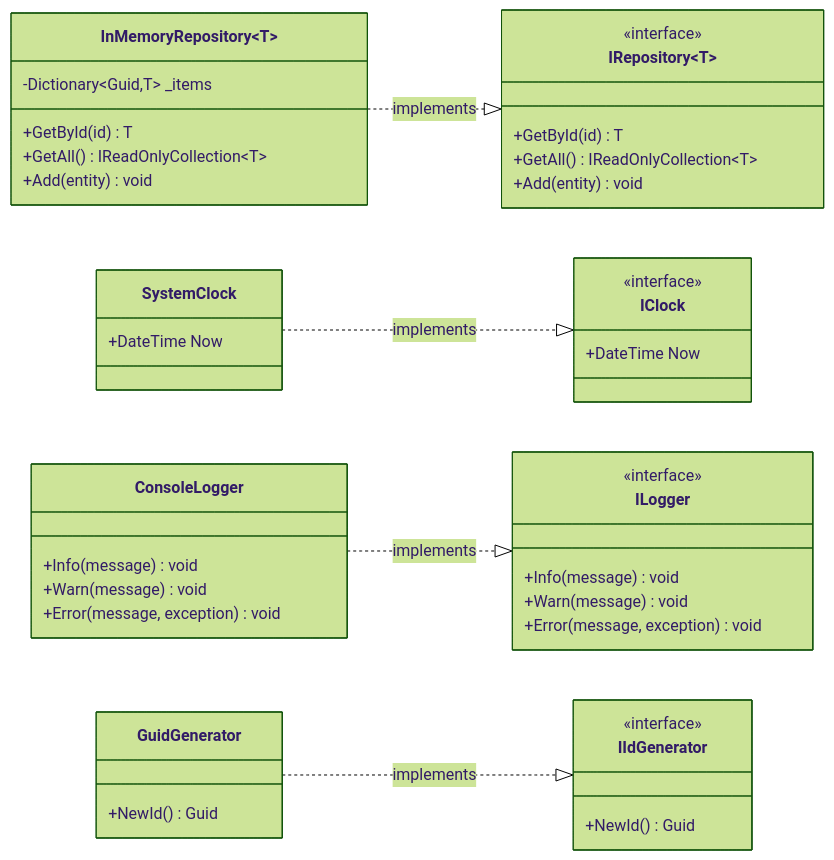
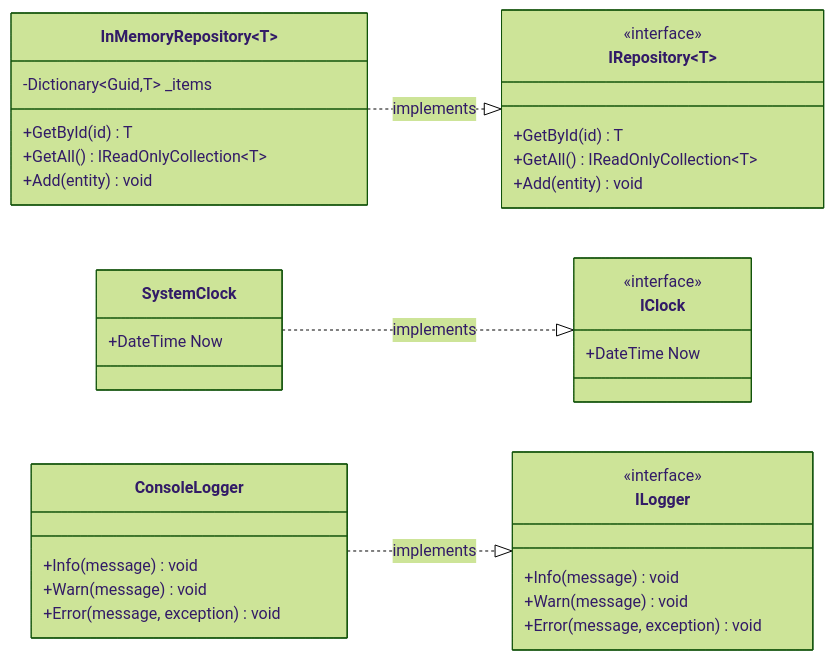
The fourth of 5 diagrams in README.md (Tr1nside/C--learn-bank), drawn with Mermaid (forest theme) before and after one commit. The commit also changed other lines of this file and 5 other files, not shown here.

````diff
--- a/README.md
+++ b/README.md
@@ -185,48 +180,40 @@
 ```mermaid
 classDiagram
     direction LR
 
     class IRepository~T~ {
         <<interface>>
         +GetById(id) T
         +GetAll() IReadOnlyCollection~T~
         +Add(entity) void
     }
     class IClock {
         <<interface>>
         +DateTime Now
     }
     class ILogger {
         <<interface>>
         +Info(message) void
         +Warn(message) void
         +Error(message, exception) void
     }
-    class IIdGenerator {
-        <<interface>>
-        +NewId() Guid
-    }
 
     class InMemoryRepository~T~ {
         -Dictionary~Guid,T~ _items
         +GetById(id) T
         +GetAll() IReadOnlyCollection~T~
         +Add(entity) void
     }
     class SystemClock {
         +DateTime Now
     }
     class ConsoleLogger {
         +Info(message) void
         +Warn(message) void
         +Error(message, exception) void
     }
-    class GuidGenerator {
-        +NewId() Guid
-    }
 
     InMemoryRepository~T~ ..|> IRepository~T~ : implements
     SystemClock ..|> IClock : implements
     ConsoleLogger ..|> ILogger : implements
-    GuidGenerator ..|> IIdGenerator : implements
 ```
````
